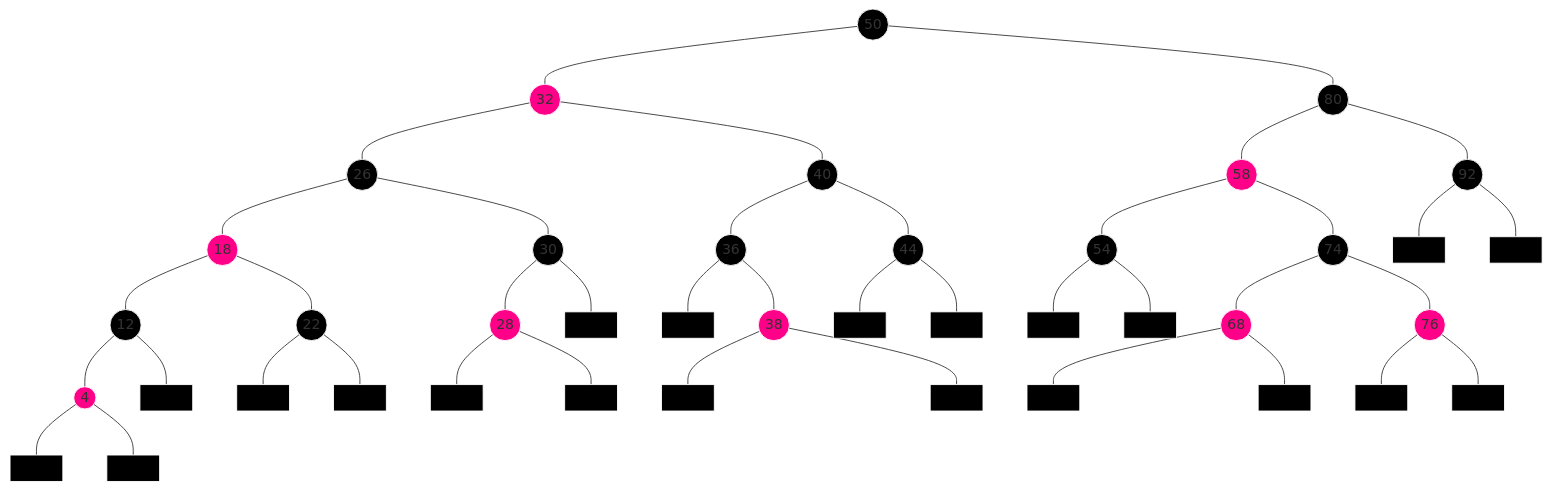
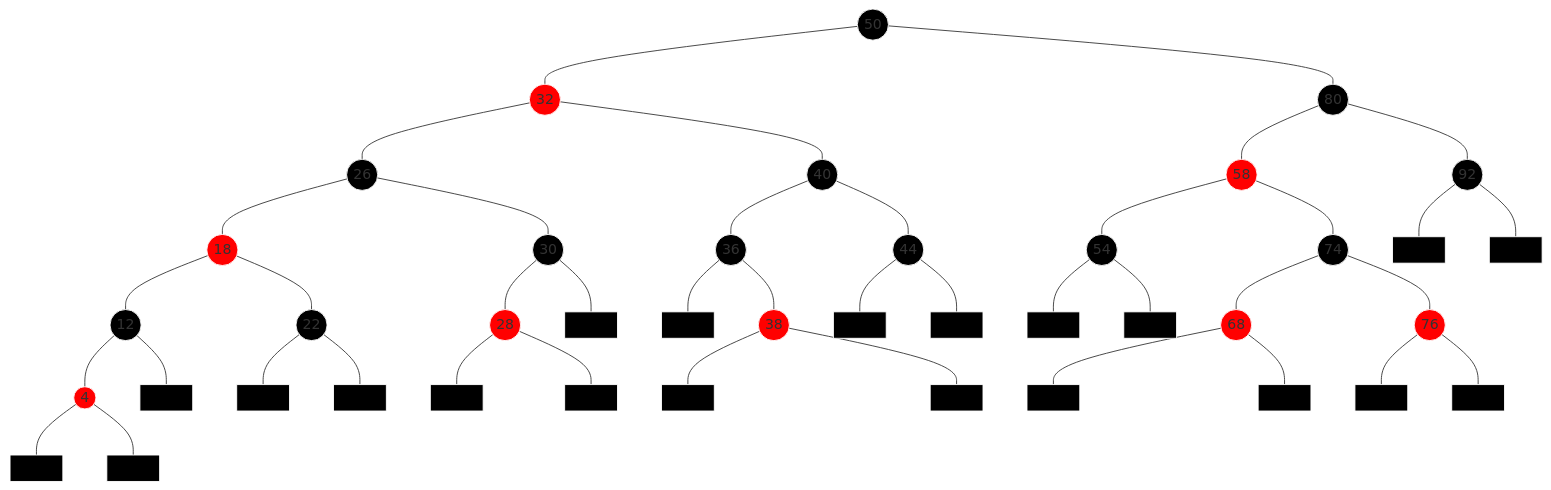
One commit to Kechidi/TP1 changed the diagram in cours/black-red-trees.md. Above: the diagram before and after it, drawn with Mermaid.

````diff
--- a/cours/black-red-trees.md
+++ b/cours/black-red-trees.md
@@ -22,29 +22,29 @@
 ```mermaid
 graph TD
   50((50)) --- 32 & 80
   32((32)) --- 26 & 40
   80((80)) --- 58 & 92
   26((26)) --- 18 & 30
   40((40)) --- 36 & 44
   58((58)) --- 54 & 74
   92((92)) --- s01[ ] & s02[ ]
   18((18)) --- 12 & 22
   30((30)) --- 28 & s03[ ]
   36((36)) --- s04[ ] & 38
   44((44)) --- s05[ ] & s06[ ]
   54((54)) --- s07[ ] & s08[ ]
   74((74)) --- 68 & 76
   12((12)) --- 4 & s09[ ]
   22((22)) --- s10[ ] & s11[ ]
   28((28)) --- s12[ ] & s13[ ]
   38((38)) --- s14[ ] & s15[ ]
   68((68)) --- s16[ ] & s17[ ]
   76((76)) --- s18[ ] & s19[ ]
   4((4)) --- s20[ ] & s21[ ]
 
 
   classDef black fill:#000, stroke:#fff;
-  classDef red fill:#f08, stroke:#fff;
+  classDef red fill:#f00, stroke:#fff;
   class 50,80,26,40,92,30,36,44,54,74,s01,s02,12,22,s03,s04,s05,s06,s07,s08,s09,s10,s11,s12,s13,s14,s15,s16,s17,s18,s19,s20,s21 black;
   class 32,58,18,28,38,68,76,4 red;
 ```
````
